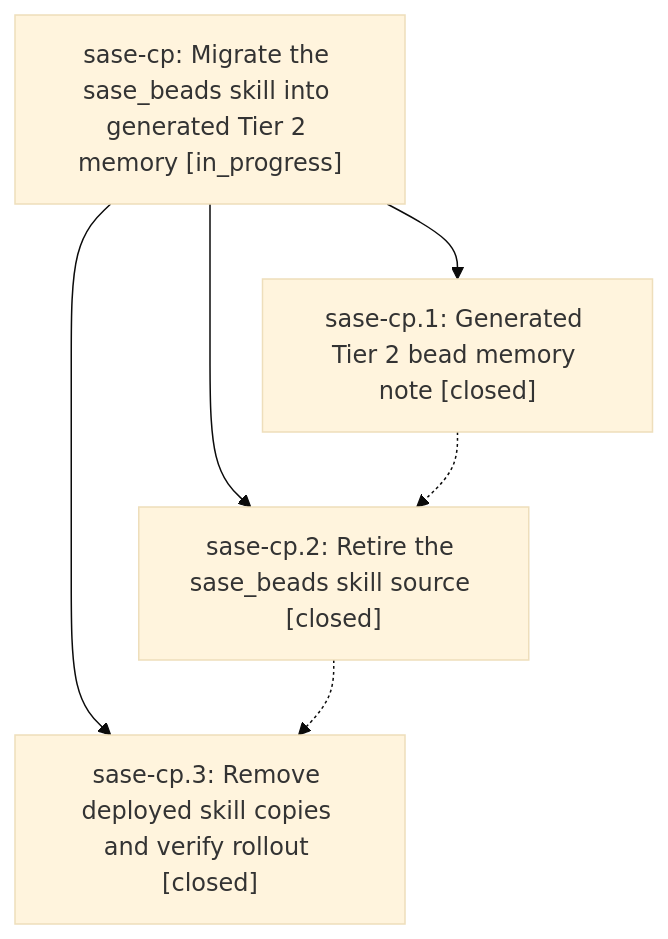
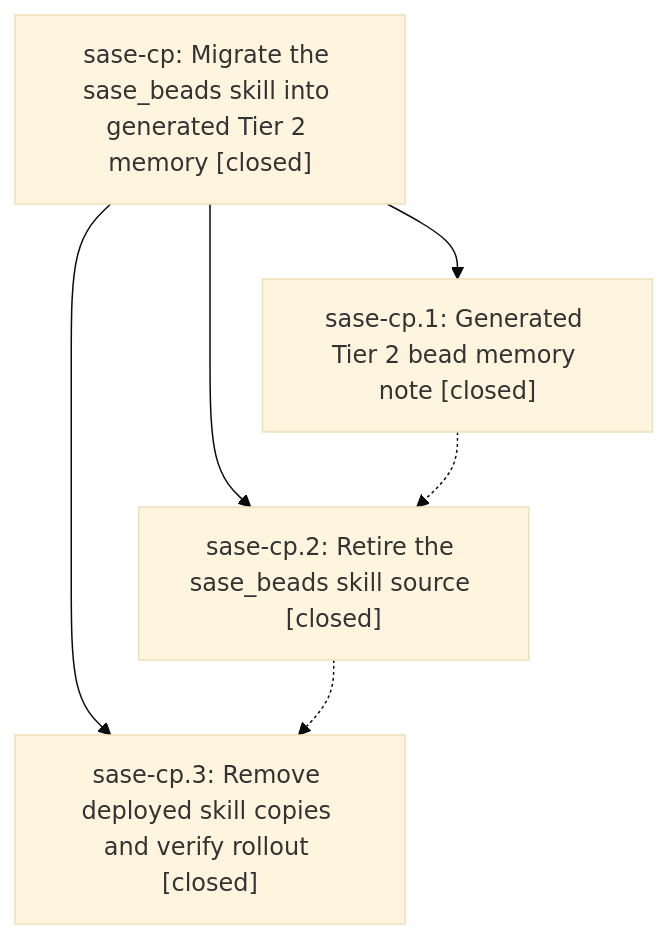
The diagram in pages/sase-cp/README.md (sase-org/sase--beads), drawn with Mermaid (base theme) before and after one commit. The commit also changed other lines of this file and 1 other file, not shown here.

First line of the commit message:
chore(beads): sync bead state and pages for sase-cp

````diff
--- a/pages/sase-cp/README.md
+++ b/pages/sase-cp/README.md
@@ -24,12 +30,12 @@
 ```mermaid
 flowchart TD
-    n0["sase-cp: Migrate the sase_beads skill into generated Tier 2 memory [in_progress]"]
+    n0["sase-cp: Migrate the sase_beads skill into generated Tier 2 memory [closed]"]
     n1["sase-cp.1: Generated Tier 2 bead memory note [closed]"]
     n2["sase-cp.2: Retire the sase_beads skill source [closed]"]
     n3["sase-cp.3: Remove deployed skill copies and verify rollout [closed]"]
     n0 --> n1
     n0 --> n2
     n0 --> n3
     n1 -.-> n2
     n2 -.-> n3
 ```
````
